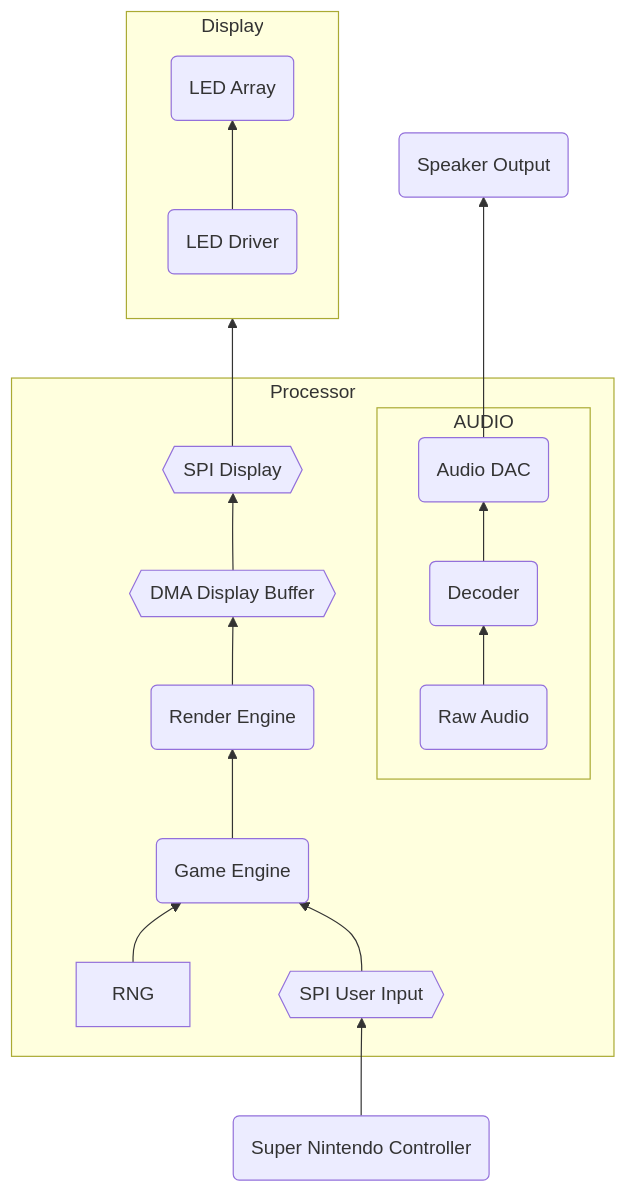
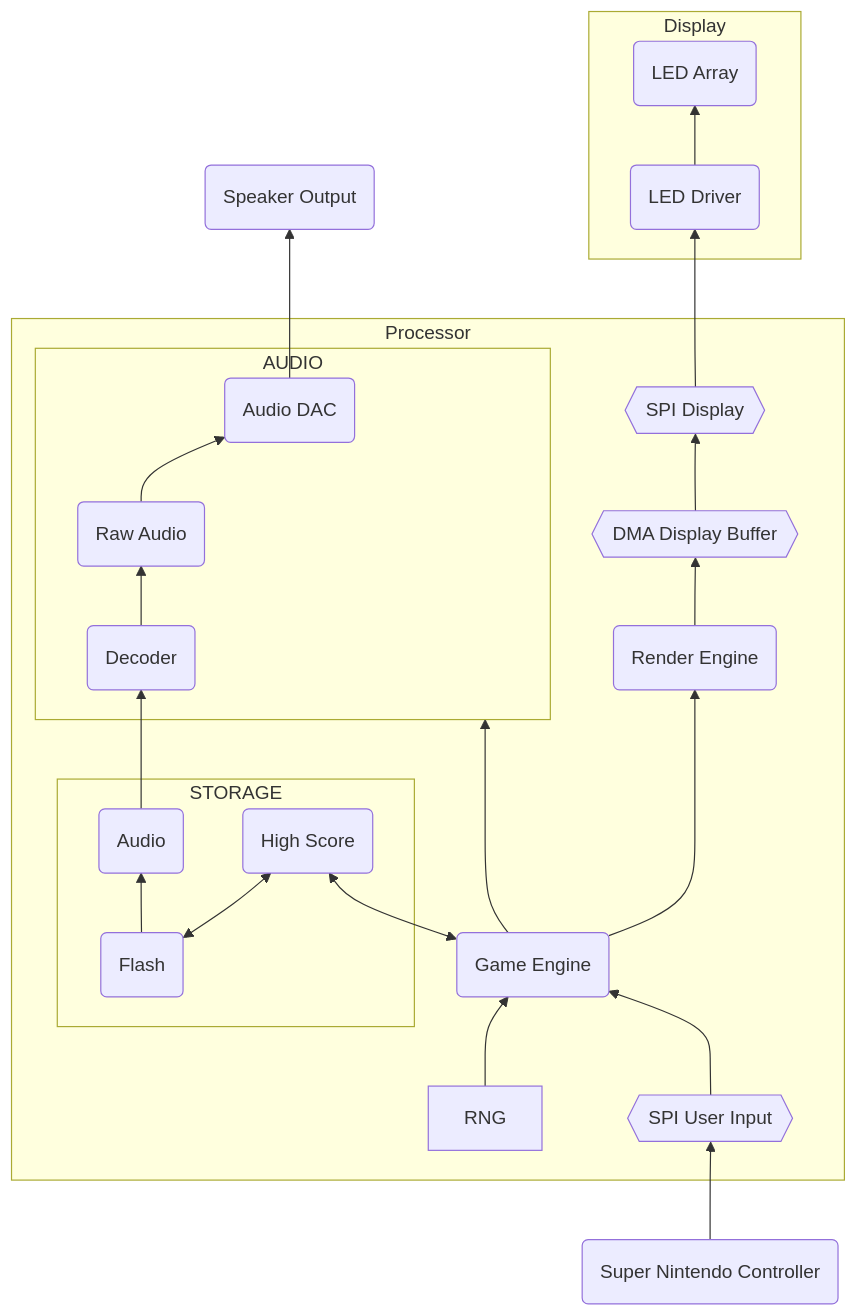
One commit to themjbe/STM32-Tetris changed the diagram in block_detailed.md. Above: the diagram before and after it, drawn with Mermaid. The commit also changed 1 other file, not shown here.

Commit message:
Modifying flow charts

````diff
--- a/block_detailed.md
+++ b/block_detailed.md
@@ -1,38 +1,43 @@
 ```mermaid
   flowchart BT
     Display
     subgraph Display
-        direction BT
         LED_ARRAY(LED Array)
         LED_DRIVER(LED Driver)
         LED_DRIVER-->LED_ARRAY
     end
 
     SPEAKER_OUT(Speaker Output)
     AUDIO_DAC-->SPEAKER_OUT
     SPI_DISP-->LED_DRIVER
     
     Processor
     subgraph Processor
         SPI_DISP{{SPI Display}}
         BUFFER{{DMA Display Buffer}}
         BUFFER-->SPI_DISP
         RENDER_ENGINE(Render Engine)
         RENDER_ENGINE-->BUFFER
-        GAME_ENGINE(Game Engine)
-        GAME_ENGINE-->RENDER_ENGINE
+        GAME_ENGINE(Game Engine)<-->HIGH_SCORE
+        GAME_ENGINE--->RENDER_ENGINE
+        GAME_ENGINE-->AUDIO
         RNG
         RNG-->GAME_ENGINE
         SPI_UI{{SPI User Input}}
         SPI_UI-->GAME_ENGINE
         subgraph AUDIO
             RAW_AUDIO(Raw Audio)
             DECODER(Decoder)
-            RAW_AUDIO-->DECODER
+            DECODER-->RAW_AUDIO
             AUDIO_DAC(Audio DAC)
-            DECODER-->AUDIO_DAC
+            RAW_AUDIO-->AUDIO_DAC
         end
+        subgraph STORAGE
+            FLASH(Flash)<-->HIGH_SCORE(High Score)
+            FLASH-->AUDIO_FILE(Audio)
+        end
+        AUDIO_FILE-->DECODER
     end
     SNES_CONT(Super Nintendo Controller)
     SNES_CONT-->SPI_UI
 ```
````
